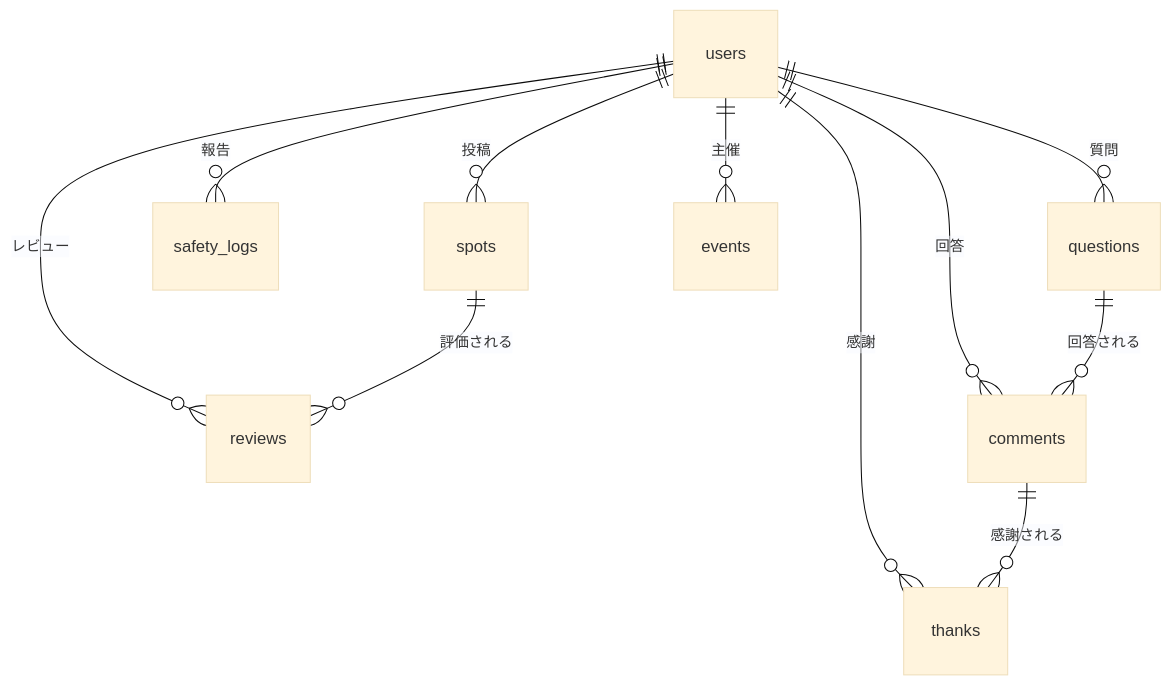
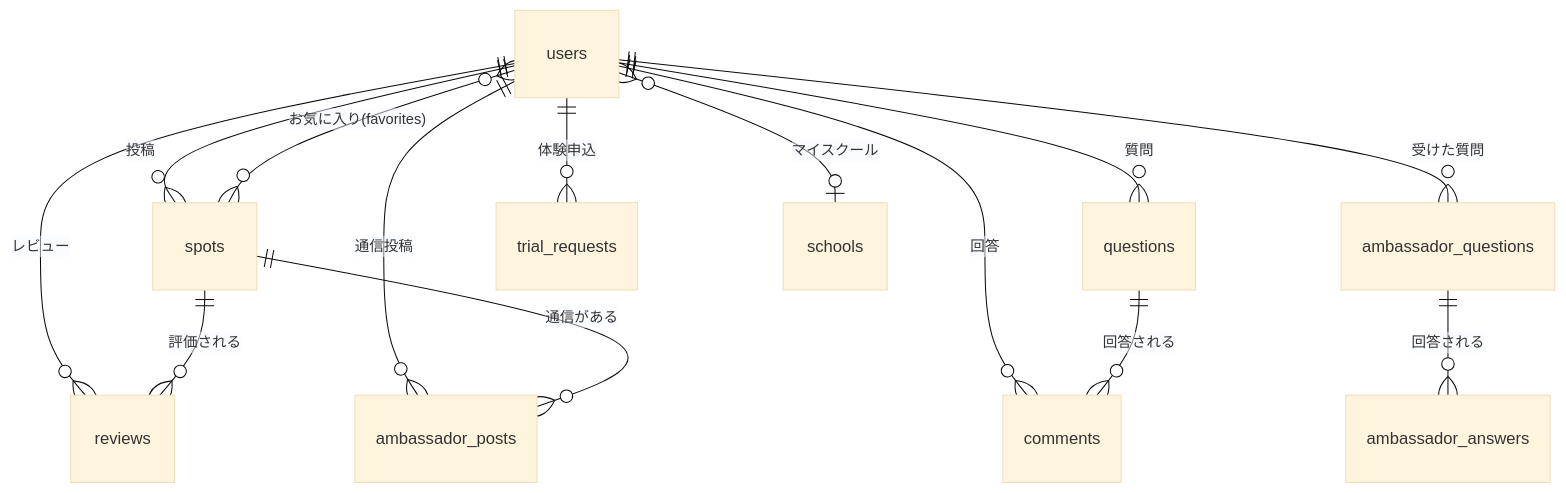
One commit to keishiu123-spec/machino-me changed the diagram in shiyousyo.md. Above: the diagram before and after it, drawn with Mermaid (base theme). The commit also changed other lines of this file and 30 other files, not shown here.

````diff
--- a/shiyousyo.md
+++ b/shiyousyo.md
@@ -223,13 +214,16 @@
 ```mermaid
 erDiagram
     users ||--o{ spots : "投稿"
     users ||--o{ reviews : "レビュー"
-    users ||--o{ safety_logs : "報告"
     users ||--o{ questions : "質問"
     users ||--o{ comments : "回答"
-    users ||--o{ thanks : "感謝"
-    users ||--o{ events : "主催"
+    users ||--o{ ambassador_posts : "通信投稿"
+    users ||--o{ ambassador_questions : "受けた質問"
+    users ||--o{ trial_requests : "体験申込"
+    users }o--o{ spots : "お気に入り(favorites)"
+    users }o--o| schools : "マイスクール"
     spots ||--o{ reviews : "評価される"
+    spots ||--o{ ambassador_posts : "通信がある"
     questions ||--o{ comments : "回答される"
-    comments ||--o{ thanks : "感謝される"
+    ambassador_questions ||--o{ ambassador_answers : "回答される"
 ```
````
